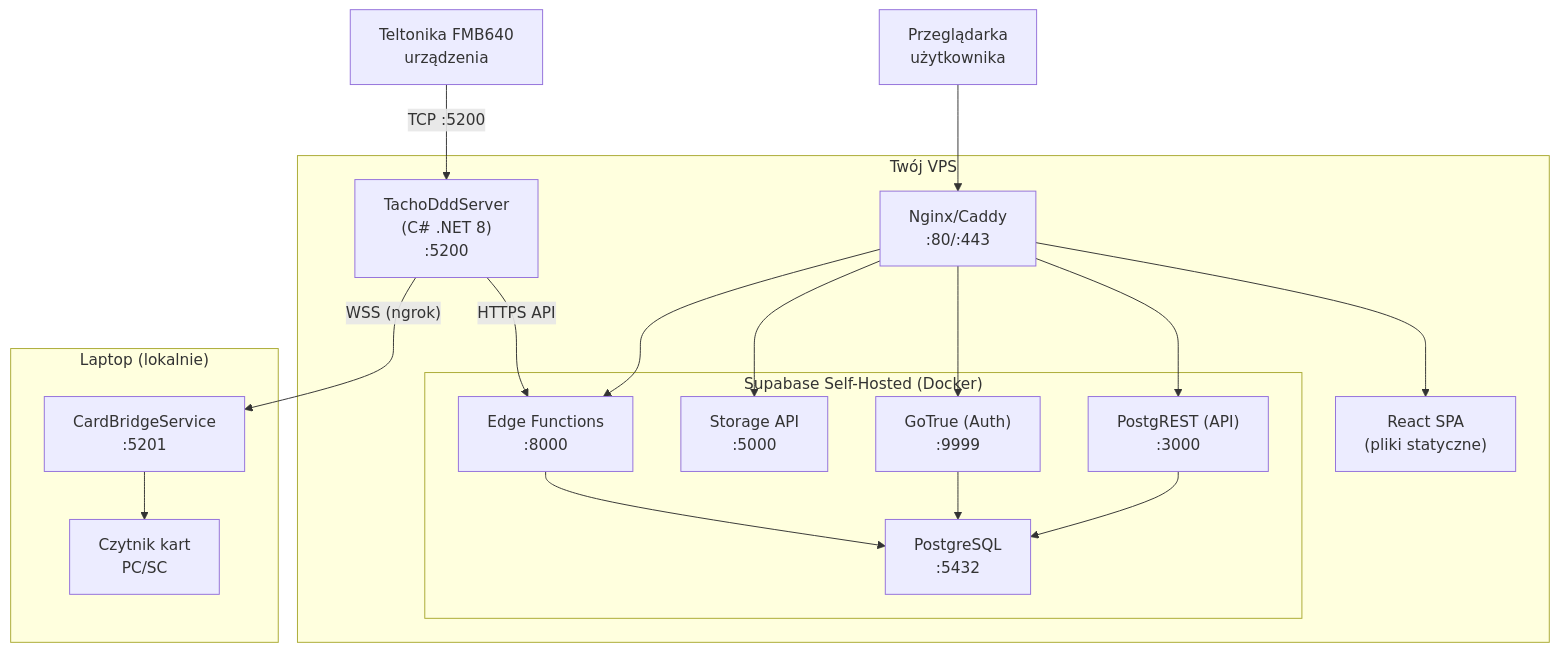
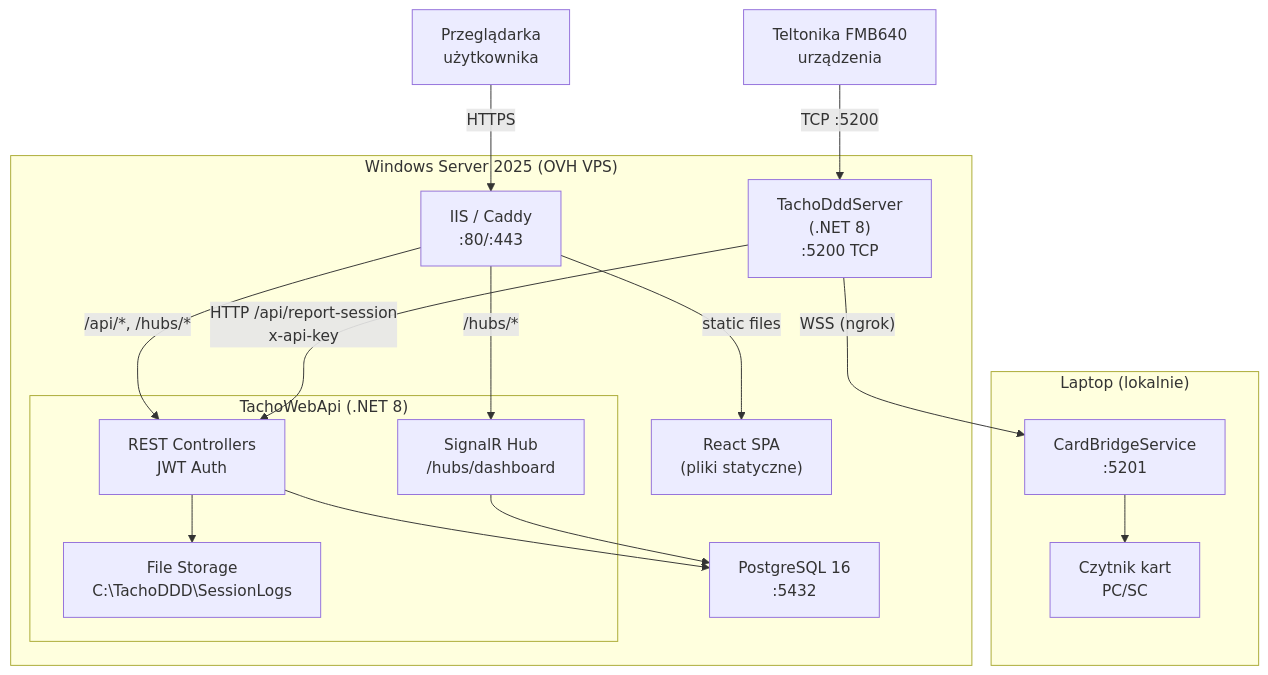
The diagram in docs/MIGRATION.md (Triktrak-ai/teltest-87fc9cef), drawn with Mermaid before and after one commit. The commit also changed other lines of this file and 1 other file, not shown here.

````diff
--- a/docs/MIGRATION.md
+++ b/docs/MIGRATION.md
@@ -826,38 +632,35 @@
 ```mermaid
 graph TB
-    subgraph "Twój VPS"
-        NGINX["Nginx/Caddy<br/>:80/:443"]
+    subgraph "Windows Server 2025 (OVH VPS)"
+        PROXY["IIS / Caddy<br/>:80/:443"]
         FRONTEND["React SPA<br/>(pliki statyczne)"]
         
-        subgraph "Supabase Self-Hosted (Docker)"
-            PG["PostgreSQL<br/>:5432"]
-            GOTRUE["GoTrue (Auth)<br/>:9999"]
-            POSTGREST["PostgREST (API)<br/>:3000"]
-            STORAGE["Storage API<br/>:5000"]
-            EDGE["Edge Functions<br/>:8000"]
+        subgraph "TachoWebApi (.NET 8)"
+            API["REST Controllers<br/>JWT Auth"]
+            SIGNALR["SignalR Hub<br/>/hubs/dashboard"]
+            STORAGE["File Storage<br/>C:\TachoDDD\SessionLogs"]
         end
         
-        TACHO["TachoDddServer<br/>(C# .NET 8)<br/>:5200"]
+        PG["PostgreSQL 16<br/>:5432"]
+        TACHO["TachoDddServer<br/>(.NET 8)<br/>:5200 TCP"]
     end
     
     subgraph "Laptop (lokalnie)"
         CB["CardBridgeService<br/>:5201"]
         READER["Czytnik kart<br/>PC/SC"]
     end
     
-    BROWSER["Przeglądarka<br/>użytkownika"] --> NGINX
-    NGINX --> FRONTEND
-    NGINX --> POSTGREST
-    NGINX --> GOTRUE
-    NGINX --> STORAGE
-    NGINX --> EDGE
+    BROWSER["Przeglądarka<br/>użytkownika"] -->|"HTTPS"| PROXY
+    PROXY -->|"static files"| FRONTEND
+    PROXY -->|"/api/*, /hubs/*"| API
+    PROXY -->|"/hubs/*"| SIGNALR
     
     FMB["Teltonika FMB640<br/>urządzenia"] -->|"TCP :5200"| TACHO
-    TACHO -->|"HTTPS API"| EDGE
+    TACHO -->|"HTTP /api/report-session<br/>x-api-key"| API
     TACHO -->|"WSS (ngrok)"| CB
     CB --> READER
     
-    EDGE --> PG
-    POSTGREST --> PG
-    GOTRUE --> PG
+    API --> PG
+    API --> STORAGE
+    SIGNALR --> PG
 ```
````
